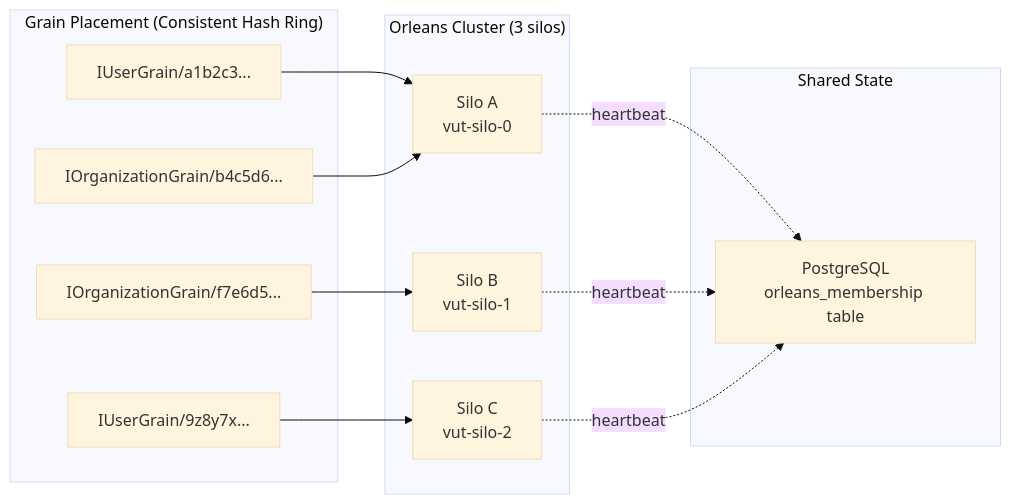
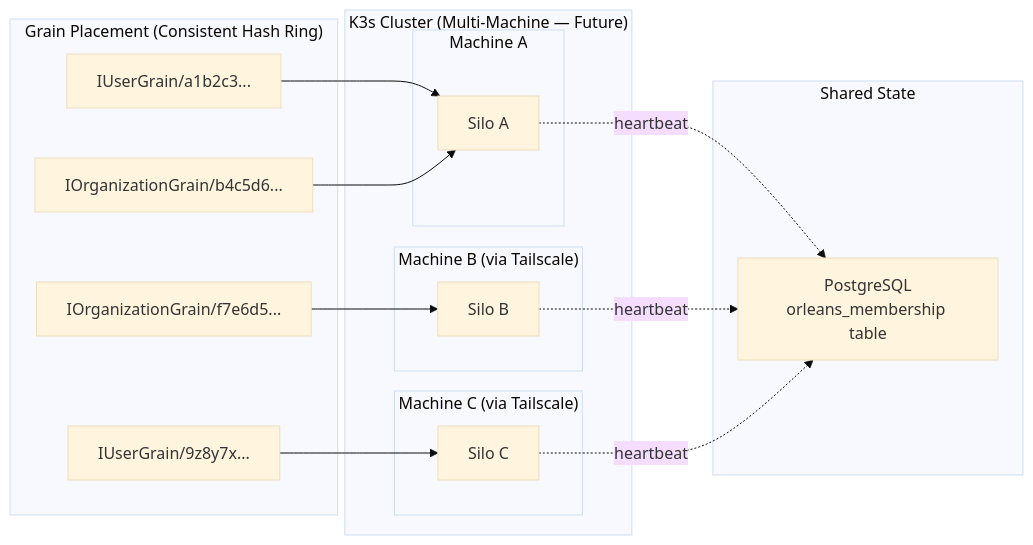
The fifth of 23 diagrams in epics/01-epic-first-signin-org/architecture/architecture.md (lekhasy/Vut), drawn with Mermaid (base theme) before and after one commit. The commit also changed other lines of this file and 94 other files, not shown here.

````diff
--- a/epics/01-epic-first-signin-org/architecture/architecture.md
+++ b/epics/01-epic-first-signin-org/architecture/architecture.md
@@ -226,23 +301,29 @@
 ```mermaid
 graph LR
-    subgraph "Orleans Cluster (3 silos)"
-        N1["Silo A<br/>vut-silo-0"]
-        N2["Silo B<br/>vut-silo-1"]
-        N3["Silo C<br/>vut-silo-2"]
+    subgraph "K3s Cluster (Multi-Machine — Future)"
+        subgraph "Machine A"
+            N1["Silo A"]
+        end
+        subgraph "Machine B (via Tailscale)"
+            N2["Silo B"]
+        end
+        subgraph "Machine C (via Tailscale)"
+            N3["Silo C"]
+        end
     end
 
     subgraph "Grain Placement (Consistent Hash Ring)"
         I1["IUserGrain/a1b2c3..."] --> N1
         I2["IOrganizationGrain/f7e6d5..."] --> N2
         I3["IUserGrain/9z8y7x..."] --> N3
         I4["IOrganizationGrain/b4c5d6..."] --> N1
     end
 
     subgraph "Shared State"
         PG["PostgreSQL<br/>orleans_membership table"]
     end
 
     N1 -.->|heartbeat| PG
     N2 -.->|heartbeat| PG
     N3 -.->|heartbeat| PG
 ```
````
